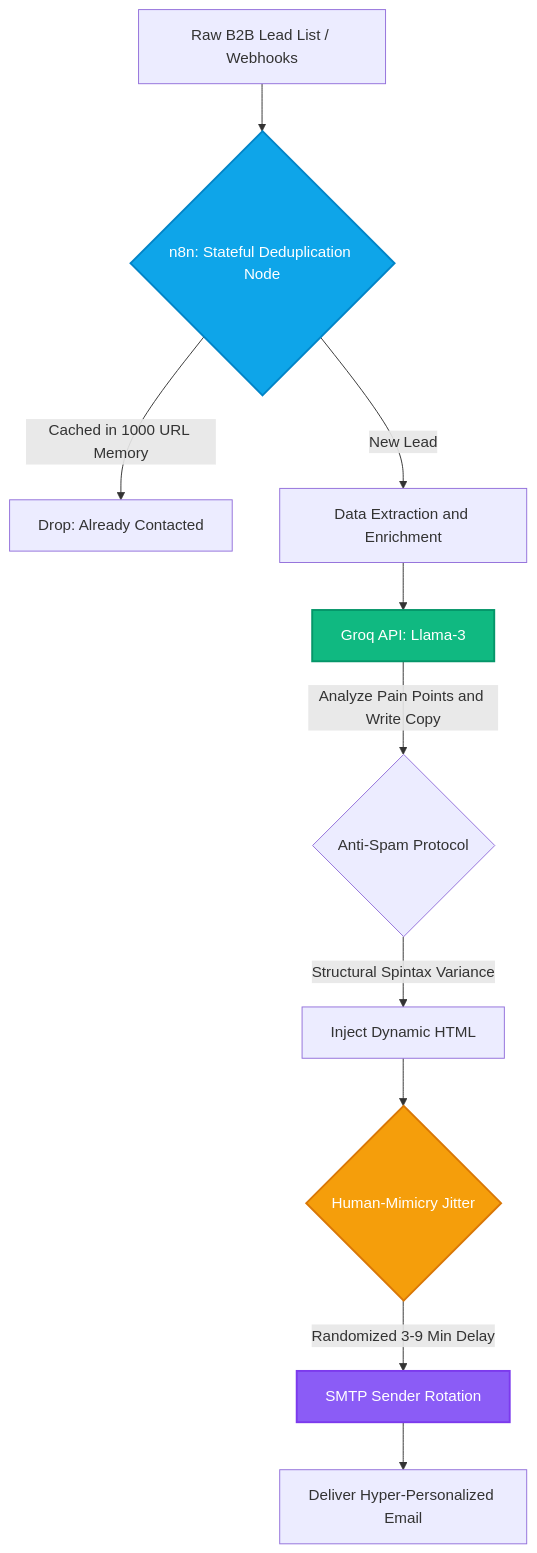
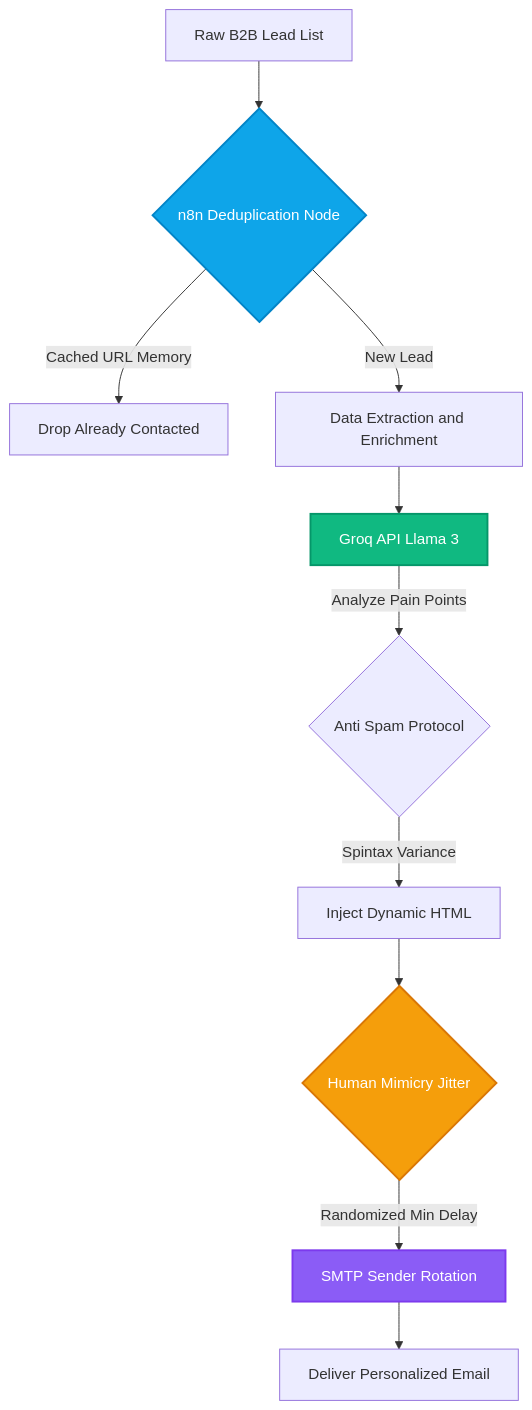
Before and after one commit to alirosyid/stateful-abm-engine: the diagram in README.md, drawn with Mermaid.

````diff
--- a/README.md
+++ b/README.md
@@ -13,17 +13,17 @@
 ```mermaid
 graph TD
-    A["Raw B2B Lead List / Webhooks"] --> B{"n8n: Stateful Deduplication Node"}
-    B -->|Cached in 1000 URL Memory| Z["Drop: Already Contacted"]
-    B -->|New Lead| C["Data Extraction and Enrichment"]
-    C --> D["Groq API: Llama-3"]
-    D -->|Analyze Pain Points and Write Copy| E{"Anti-Spam Protocol"}
-    E -->|Structural Spintax Variance| F["Inject Dynamic HTML"]
-    F --> G{"Human-Mimicry Jitter"}
-    G -->|Randomized 3-9 Min Delay| H["SMTP Sender Rotation"]
-    H --> I["Deliver Hyper-Personalized Email"]
+    A[Raw B2B Lead List] --> B{n8n Deduplication Node}
+    B -->|Cached URL Memory| Z[Drop Already Contacted]
+    B -->|New Lead| C[Data Extraction and Enrichment]
+    C --> D[Groq API Llama 3]
+    D -->|Analyze Pain Points| E{Anti Spam Protocol}
+    E -->|Spintax Variance| F[Inject Dynamic HTML]
+    F --> G{Human Mimicry Jitter}
+    G -->|Randomized Min Delay| H[SMTP Sender Rotation]
+    H --> I[Deliver Personalized Email]
     
     style B fill:#0ea5e9,stroke:#0284c7,stroke-width:2px,color:#fff
     style D fill:#10b981,stroke:#059669,stroke-width:2px,color:#fff
     style G fill:#f59e0b,stroke:#d97706,stroke-width:2px,color:#fff
     style H fill:#8b5cf6,stroke:#7c3aed,stroke-width:2px,color:#fff
 ```
````
